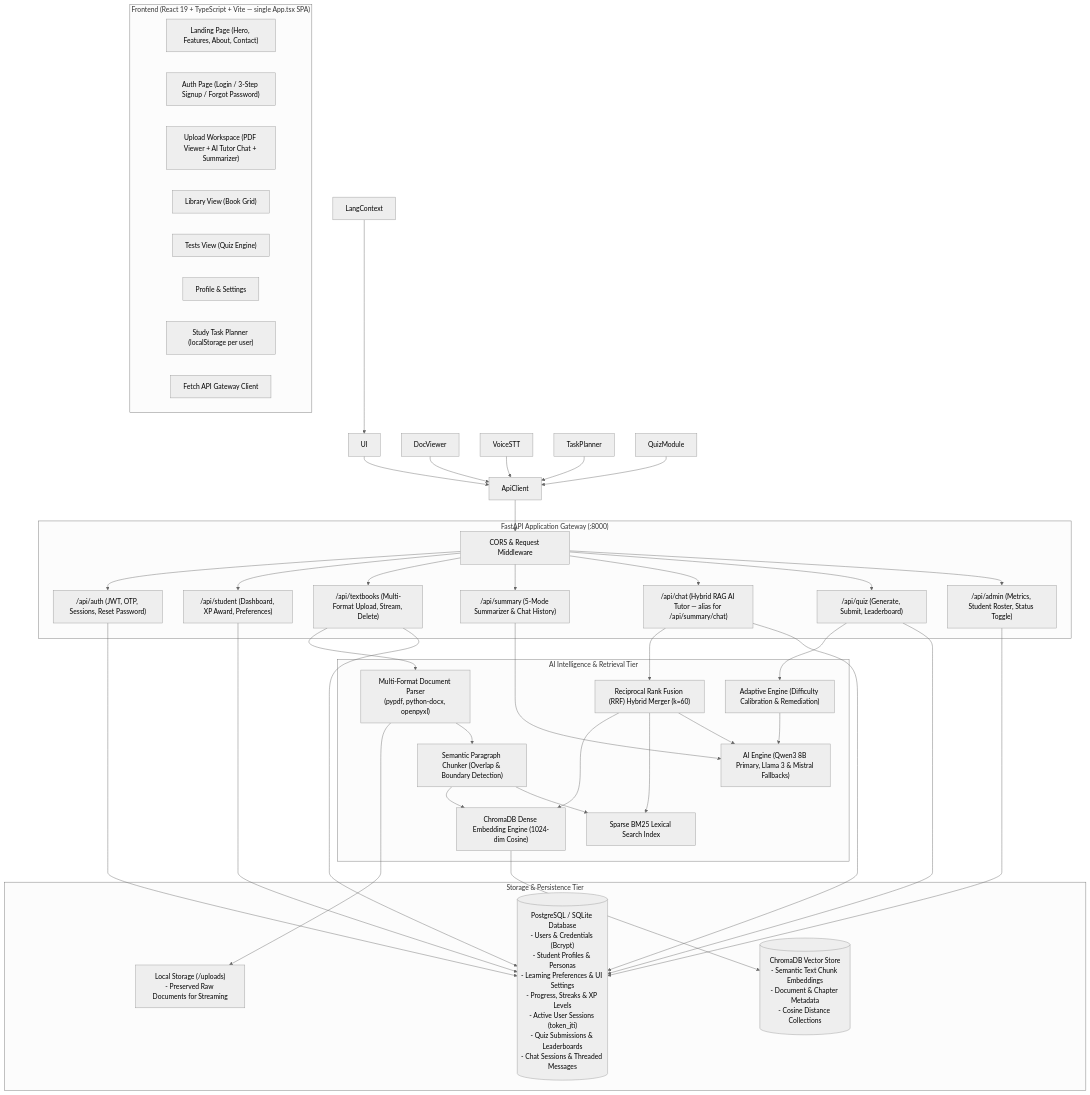
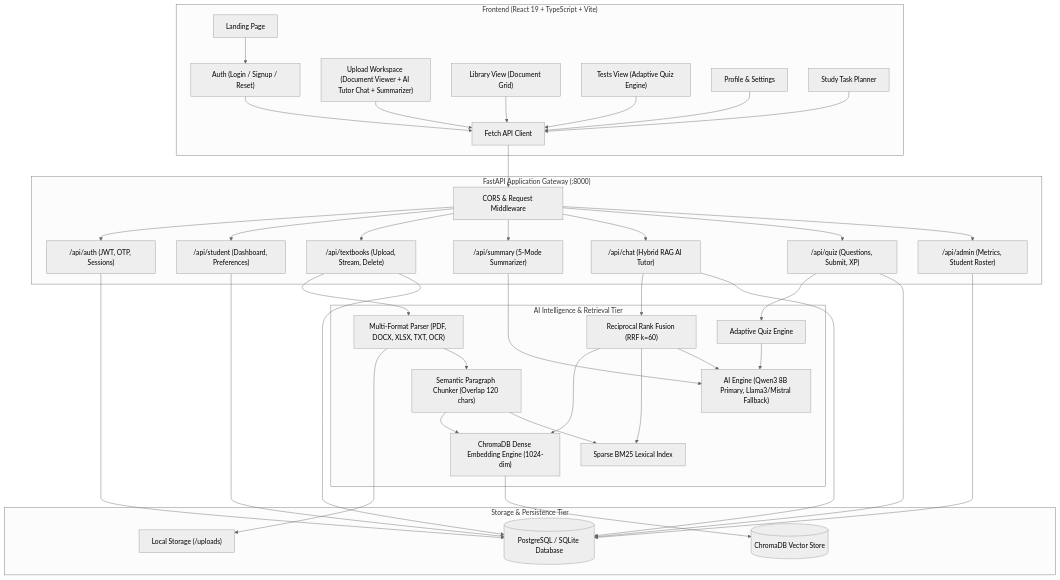
Before and after one commit to Tanushree-ponnuswamy/AARVA_LEARNING_APP: the first of 4 diagrams in docs/ARCHITECTURE.md, drawn with Mermaid (neutral theme). The commit also changed other lines of this file and 2 other files, not shown here.

Commit message:
fix: ensure proper markdown preview and robust in-browser document preview rendering

````diff
--- a/docs/ARCHITECTURE.md
+++ b/docs/ARCHITECTURE.md
@@ -9,51 +9,53 @@
 ```mermaid
 flowchart TB
-    subgraph Client ["Frontend (React 19 + TypeScript + Vite — single App.tsx SPA)"]
-        Landing["Landing Page (Hero, Features, About, Contact)"]
-        AuthPage["Auth Page (Login / 3-Step Signup / Forgot Password)"]
-        UploadWS["Upload Workspace (PDF Viewer + AI Tutor Chat + Summarizer)"]
-        LibraryV["Library View (Book Grid)"]
-        TestsV["Tests View (Quiz Engine)"]
+    subgraph Client ["Frontend (React 19 + TypeScript + Vite)"]
+        Landing["Landing Page"]
+        AuthPage["Auth (Login / Signup / Reset)"]
+        UploadWS["Upload Workspace (Document Viewer + AI Tutor Chat + Summarizer)"]
+        LibraryV["Library View (Document Grid)"]
+        TestsV["Tests View (Adaptive Quiz Engine)"]
         ProfileSettings["Profile & Settings"]
-        StudyTasks["Study Task Planner (localStorage per user)"]
-        FetchClient["Fetch API Gateway Client"]
+        StudyTasks["Study Task Planner"]
+        FetchClient["Fetch API Client"]
     end
 
     subgraph BackendGateway ["FastAPI Application Gateway (:8000)"]
         CORSMiddleware["CORS & Request Middleware"]
-        AuthRouter["/api/auth (JWT, OTP, Sessions, Reset Password)"]
-        StudentRouter["/api/student (Dashboard, XP Award, Preferences)"]
-        TextbookRouter["/api/textbooks (Multi-Format Upload, Stream, Delete)"]
-        SummaryRouter["/api/summary (5-Mode Summarizer & Chat History)"]
-        ChatRouter["/api/chat (Hybrid RAG AI Tutor — alias for /api/summary/chat)"]
-        QuizRouter["/api/quiz (Generate, Submit, Leaderboard)"]
-        AdminRouter["/api/admin (Metrics, Student Roster, Status Toggle)"]
+        AuthRouter["/api/auth (JWT, OTP, Sessions)"]
+        StudentRouter["/api/student (Dashboard, Preferences)"]
+        TextbookRouter["/api/textbooks (Upload, Stream, Delete)"]
+        SummaryRouter["/api/summary (5-Mode Summarizer)"]
+        ChatRouter["/api/chat (Hybrid RAG AI Tutor)"]
+        QuizRouter["/api/quiz (Questions, Submit, XP)"]
+        AdminRouter["/api/admin (Metrics, Student Roster)"]
     end
 
     subgraph AIServices ["AI Intelligence & Retrieval Tier"]
-        DocParser["Multi-Format Document Parser\n(pypdf, python-docx, openpyxl)"]
-        SemanticChunker["Semantic Paragraph Chunker (Overlap & Boundary Detection)"]
-        BM25Engine["Sparse BM25 Lexical Search Index"]
-        ChromaService["ChromaDB Dense Embedding Engine (1024-dim Cosine)"]
-        RRFCombiner["Reciprocal Rank Fusion (RRF) Hybrid Merger (k=60)"]
-        LLMService["AI Engine (Qwen3 8B Primary, Llama 3 & Mistral Fallbacks)"]
-        AdaptiveEngine["Adaptive Engine (Difficulty Calibration & Remediation)"]
+        DocParser["Multi-Format Parser (PDF, DOCX, XLSX, TXT, OCR)"]
+        SemanticChunker["Semantic Paragraph Chunker (Overlap 120 chars)"]
+        BM25Engine["Sparse BM25 Lexical Index"]
+        ChromaService["ChromaDB Dense Embedding Engine (1024-dim)"]
+        RRFCombiner["Reciprocal Rank Fusion (RRF k=60)"]
+        LLMService["AI Engine (Qwen3 8B Primary, Llama3/Mistral Fallback)"]
+        AdaptiveEngine["Adaptive Quiz Engine"]
     end
 
     subgraph DataPersistence ["Storage & Persistence Tier"]
-        PostgresDB[("PostgreSQL / SQLite Database\n- Users & Credentials (Bcrypt)\n- Student Profiles & Personas\n- Learning Preferences & UI Settings\n- Progress, Streaks & XP Levels\n- Active User Sessions (token_jti)\n- Quiz Submissions & Leaderboards\n- Chat Sessions & Threaded Messages")]
-        ChromaStore[("ChromaDB Vector Store\n- Semantic Text Chunk Embeddings\n- Document & Chapter Metadata\n- Cosine Distance Collections")]
-        DocStorage["Local Storage (/uploads)\n- Preserved Raw Documents for Streaming"]
+        PostgresDB[("PostgreSQL / SQLite Database")]
+        ChromaStore[("ChromaDB Vector Store")]
+        DocStorage["Local Storage (/uploads)"]
     end
 
-    %% Client to Backend Gateway
-    UI --> ApiClient
-    DocViewer --> ApiClient
-    VoiceSTT --> ApiClient
-    LangContext --> UI
-    TaskPlanner --> ApiClient
-    QuizModule --> ApiClient
-    ApiClient --> CORSMiddleware
+    %% Client Interactions
+    Landing --> AuthPage
+    AuthPage --> FetchClient
+    UploadWS --> FetchClient
+    LibraryV --> FetchClient
+    TestsV --> FetchClient
+    ProfileSettings --> FetchClient
+    StudyTasks --> FetchClient
+
+    FetchClient --> CORSMiddleware
     
     CORSMiddleware --> AuthRouter
     CORSMiddleware --> StudentRouter
@@ -63,13 +65,14 @@
     CORSMiddleware --> QuizRouter
     CORSMiddleware --> AdminRouter
 
-    %% Gateway to Services
+    %% Gateway to Ingestion & Processing
     TextbookRouter --> DocParser
     DocParser --> DocStorage
     DocParser --> SemanticChunker
     SemanticChunker --> ChromaService
     SemanticChunker --> BM25Engine
 
+    %% Hybrid Retrieval & AI
     ChatRouter --> RRFCombiner
     RRFCombiner --> ChromaService
     RRFCombiner --> BM25Engine
@@ -79,7 +82,7 @@
     QuizRouter --> AdaptiveEngine
     AdaptiveEngine --> LLMService
 
-    %% Services to Persistence
+    %% Persistence
     ChromaService --> ChromaStore
     AuthRouter --> PostgresDB
     AdminRouter --> PostgresDB
````
